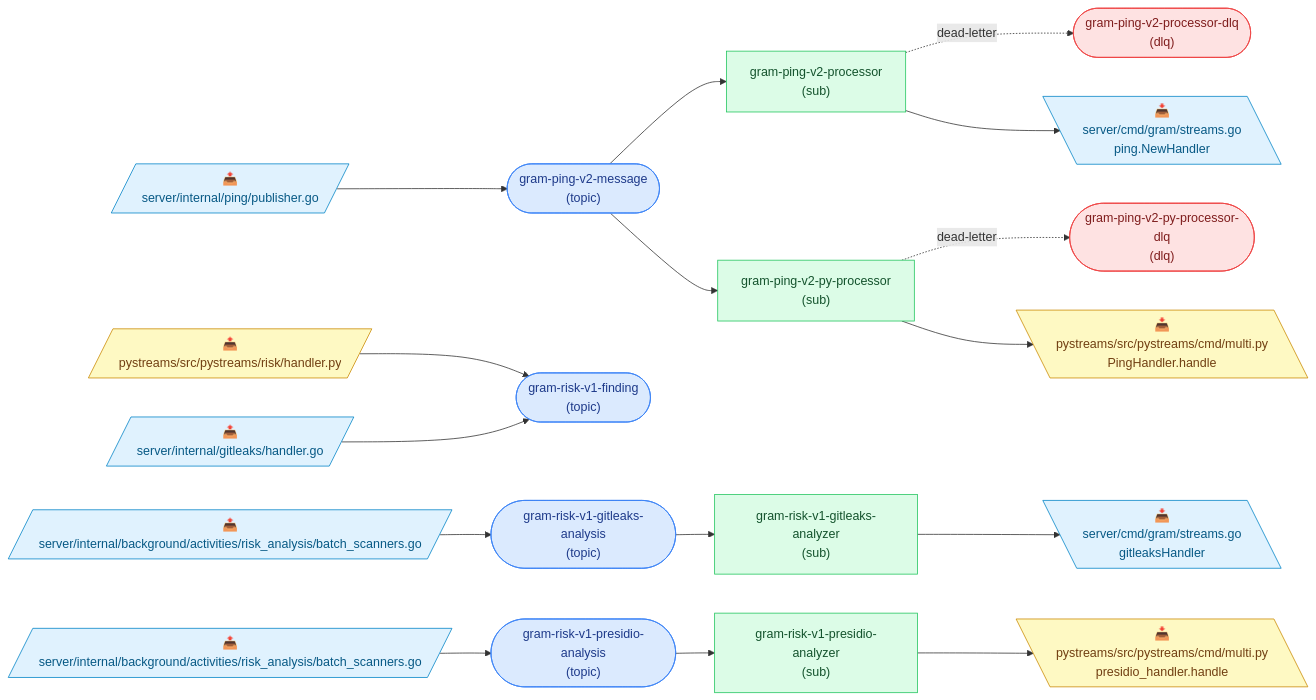
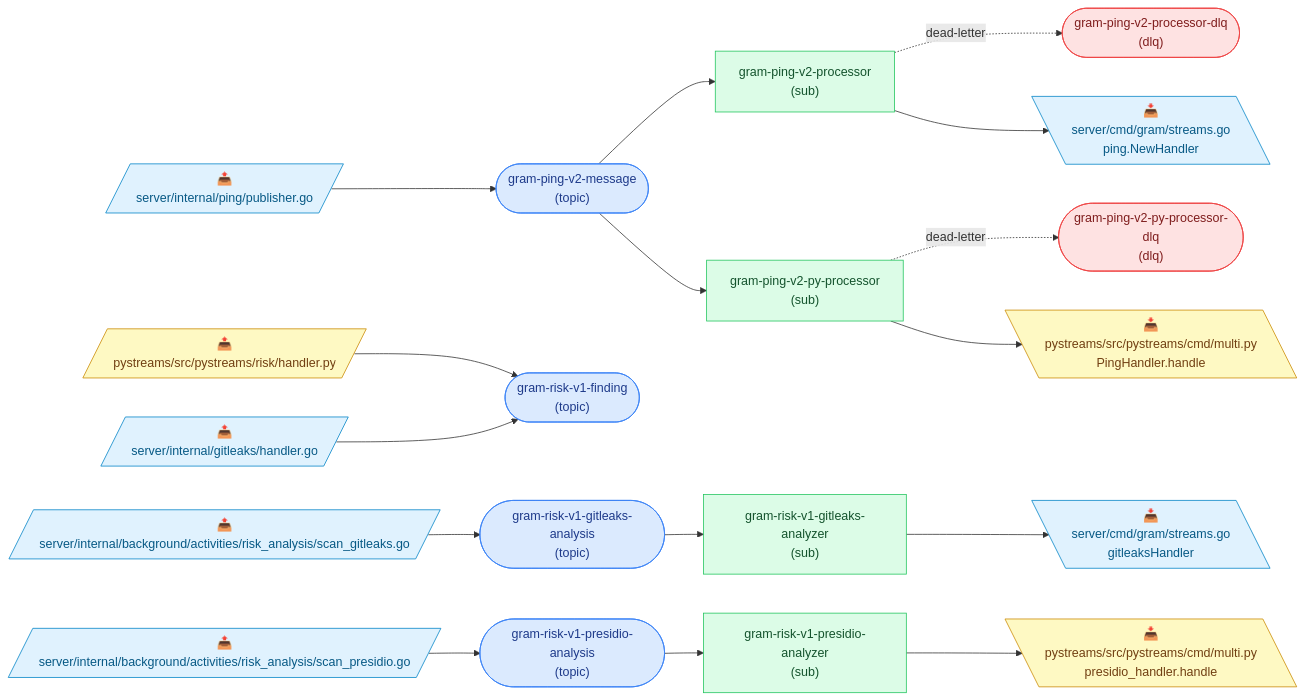
One commit to speakeasy-api/gram changed the diagram in docs/pubsub-topology.md. Above: the diagram before and after it, drawn with Mermaid. The commit also changed other lines of this file and 24 other files, not shown here.

Commit message:
streamline risk analysis batch scanning

````diff
--- a/docs/pubsub-topology.md
+++ b/docs/pubsub-topology.md
@@ -9,45 +9,45 @@
 ```mermaid
 flowchart LR
   classDef topic fill:#dbeafe,stroke:#3b82f6,color:#1e3a8a;
   classDef dlq fill:#fee2e2,stroke:#ef4444,color:#7f1d1d;
   classDef sub fill:#dcfce7,stroke:#22c55e,color:#14532d;
   classDef go fill:#e0f2fe,stroke:#0284c7,color:#075985;
   classDef python fill:#fef9c3,stroke:#ca8a04,color:#713f12;
   classDef deprecated stroke-dasharray:4 3,opacity:0.55;
 
   t_gram_ping_v2_message(["gram-ping-v2-message<br/>(topic)"]):::topic
   t_gram_ping_v2_processor_dlq(["gram-ping-v2-processor-dlq<br/>(dlq)"]):::dlq
   t_gram_ping_v2_py_processor_dlq(["gram-ping-v2-py-processor-dlq<br/>(dlq)"]):::dlq
   t_gram_risk_v1_finding(["gram-risk-v1-finding<br/>(topic)"]):::topic
   t_gram_risk_v1_gitleaks_analysis(["gram-risk-v1-gitleaks-analysis<br/>(topic)"]):::topic
   t_gram_risk_v1_presidio_analysis(["gram-risk-v1-presidio-analysis<br/>(topic)"]):::topic
   s_gram_ping_v2_processor["gram-ping-v2-processor<br/>(sub)"]:::sub
   s_gram_ping_v2_py_processor["gram-ping-v2-py-processor<br/>(sub)"]:::sub
   s_gram_risk_v1_gitleaks_analyzer["gram-risk-v1-gitleaks-analyzer<br/>(sub)"]:::sub
   s_gram_risk_v1_presidio_analyzer["gram-risk-v1-presidio-analyzer<br/>(sub)"]:::sub
 
   p0[/"📤<br/>server/internal/ping/publisher.go"/]:::go
   p0 --> t_gram_ping_v2_message
   p1[/"📤<br/>pystreams/src/pystreams/risk/handler.py"/]:::python
   p1 --> t_gram_risk_v1_finding
   p2[/"📤<br/>server/internal/gitleaks/handler.go"/]:::go
   p2 --> t_gram_risk_v1_finding
-  p3[/"📤<br/>server/internal/background/activities/risk_analysis/batch_scanners.go"/]:::go
+  p3[/"📤<br/>server/internal/background/activities/risk_analysis/scan_gitleaks.go"/]:::go
   p3 --> t_gram_risk_v1_gitleaks_analysis
-  p4[/"📤<br/>server/internal/background/activities/risk_analysis/batch_scanners.go"/]:::go
+  p4[/"📤<br/>server/internal/background/activities/risk_analysis/scan_presidio.go"/]:::go
   p4 --> t_gram_risk_v1_presidio_analysis
   t_gram_ping_v2_message --> s_gram_ping_v2_processor
   s_gram_ping_v2_processor -. dead-letter .-> t_gram_ping_v2_processor_dlq
   t_gram_ping_v2_message --> s_gram_ping_v2_py_processor
   s_gram_ping_v2_py_processor -. dead-letter .-> t_gram_ping_v2_py_processor_dlq
   t_gram_risk_v1_gitleaks_analysis --> s_gram_risk_v1_gitleaks_analyzer
   t_gram_risk_v1_presidio_analysis --> s_gram_risk_v1_presidio_analyzer
   c5[\"📥<br/>server/cmd/gram/streams.go<br/>ping.NewHandler"\]:::go
   s_gram_ping_v2_processor --> c5
   c6[\"📥<br/>pystreams/src/pystreams/cmd/multi.py<br/>PingHandler.handle"\]:::python
   s_gram_ping_v2_py_processor --> c6
   c7[\"📥<br/>server/cmd/gram/streams.go<br/>gitleaksHandler"\]:::go
   s_gram_risk_v1_gitleaks_analyzer --> c7
   c8[\"📥<br/>pystreams/src/pystreams/cmd/multi.py<br/>presidio_handler.handle"\]:::python
   s_gram_risk_v1_presidio_analyzer --> c8
 ```
````
